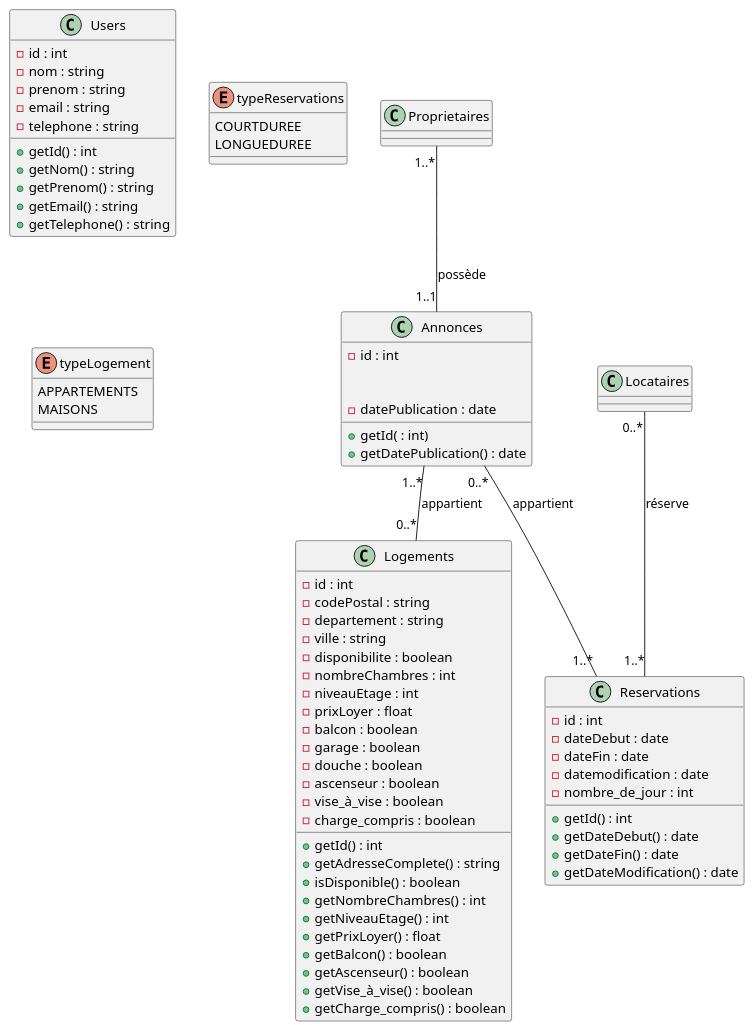
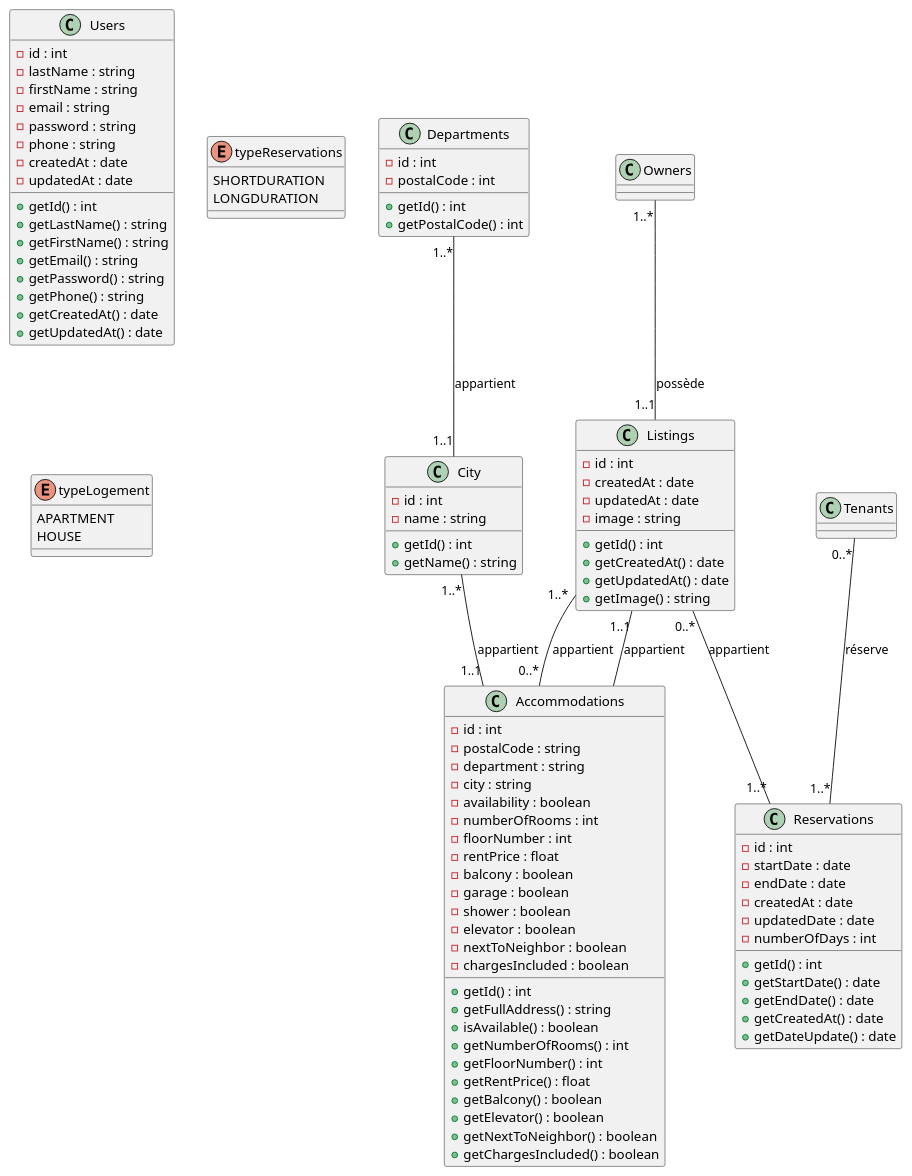
Before and after one commit to souvanc/DIAGRAMMEETNA: the diagram in class.wsd, drawn with PlantUML.

Commit message:
ajouter city, departments plus des modifications

```diff
--- a/class.wsd
+++ b/class.wsd
@@ -1,84 +1,111 @@
 @startuml DIAGRAMMECLASS
 
   class Users {
   - id : int
-  - nom : string
-  - prenom : string
+  - lastName : string
+  - firstName : string
   - email : string
-  - telephone : string
+  - password : string
+  - phone : string
+  - createdAt : date
+  - updatedAt : date
+
 
   + getId() : int
-  + getNom() : string
-  + getPrenom() : string
+  + getLastName() : string
+  + getFirstName() : string
   + getEmail() : string
-  + getTelephone() : string
+  + getPassword() : string
+  + getPhone() : string
+  + getCreatedAt() : date
+  + getUpdatedAt() : date
+
 }
 
 class Reservations {
   - id : int
-  - dateDebut : date
-  - dateFin : date
-  - datemodification : date
-  - nombre_de_jour : int
+  - startDate : date
+  - endDate : date
+  - createdAt : date
+  - updatedDate : date
+  - numberOfDays : int
 
   + getId() : int
-  + getDateDebut() : date
-  + getDateFin() : date
-  + getDateModification() : date
+  + getStartDate() : date
+  + getEndDate() : date
+  + getCreatedAt() : date
+  + getDateUpdate() : date
 }
 enum typeReservations {
-  COURTDUREE
-  LONGUEDUREE
+  SHORTDURATION
+  LONGDURATION
 }
 
-class Annonces {
+class Listings {
   - id : int
-  
+  - createdAt : date
+  - updatedAt : date
+  - image : string
 
-    - datePublication : date
-  + getId( : int)
-  + getDatePublication() : date
+
+  + getId() : int
+  + getCreatedAt() : date
+  + getUpdatedAt() : date
+  + getImage() : string
 }
 
-class Logements {
+class Accommodations {
   - id : int
-  - codePostal : string
-  - departement : string
-  - ville : string
-  - disponibilite : boolean
-  - nombreChambres : int
-  - niveauEtage : int
-  - prixLoyer : float
-  - balcon : boolean
+  - postalCode : string
+  - department : string
+  - city : string
+  - availability : boolean
+  - numberOfRooms : int
+  - floorNumber : int
+  - rentPrice : float
+  - balcony : boolean
   - garage : boolean
-  - douche : boolean
-  - ascenseur : boolean
-  - vise_à_vise : boolean
-  - charge_compris : boolean
+  - shower : boolean
+  - elevator : boolean
+  - nextToNeighbor : boolean
+  - chargesIncluded : boolean
   
   + getId() : int
-  + getAdresseComplete() : string
-  + isDisponible() : boolean
-  + getNombreChambres() : int
-  + getNiveauEtage() : int
-  + getPrixLoyer() : float
-  + getBalcon() : boolean
-  + getAscenseur() : boolean
-  + getVise_à_vise() : boolean
-  + getCharge_compris() : boolean
+  + getFullAddress() : string
+  + isAvailable() : boolean
+  + getNumberOfRooms() : int
+  + getFloorNumber() : int
+  + getRentPrice() : float
+  + getBalcony() : boolean
+  + getElevator() : boolean
+  + getNextToNeighbor() : boolean
+  + getChargesIncluded() : boolean
   }
-
 enum typeLogement {
-  APPARTEMENTS
-  MAISONS
+  APARTMENT
+  HOUSE
 }
 
-Locataires"0..*" -- "1..*"Reservations: réserve
-Proprietaires"1..*" -- "1..1"Annonces: possède
-Annonces"0..*" -- "1..*"Reservations: appartient
-Annonces"1..*" -- "0..*"Logements: appartient
+class Departments {
+    - id : int
+    - postalCode : int
 
+    + getId() : int
+    + getPostalCode() : int
+}
+class City {
+    - id : int
+    - name : string
 
-
+    + getId() : int
+    + getName() : string
+}
+Tenants"0..*" -- "1..*"Reservations: réserve
+Owners"1..*" -- "1..1"Listings: possède
+Listings"0..*" -- "1..*"Reservations: appartient
+Listings"1..*" -- "0..*"Accommodations: appartient
+Listings"1..1" -- Accommodations: appartient
+Departments"1..*" -- "1..1"City: appartient
+City"1..*" -- "1..1"Accommodations: appartient
     
 @enduml
```
